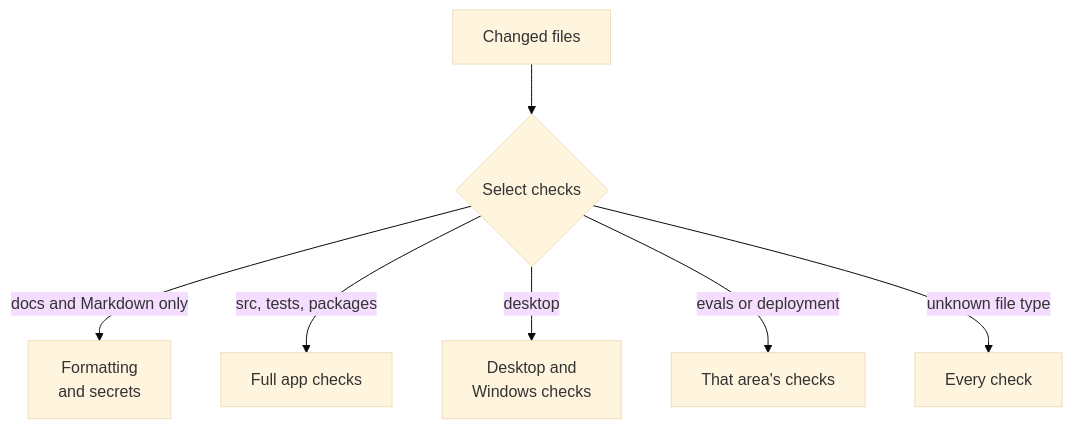
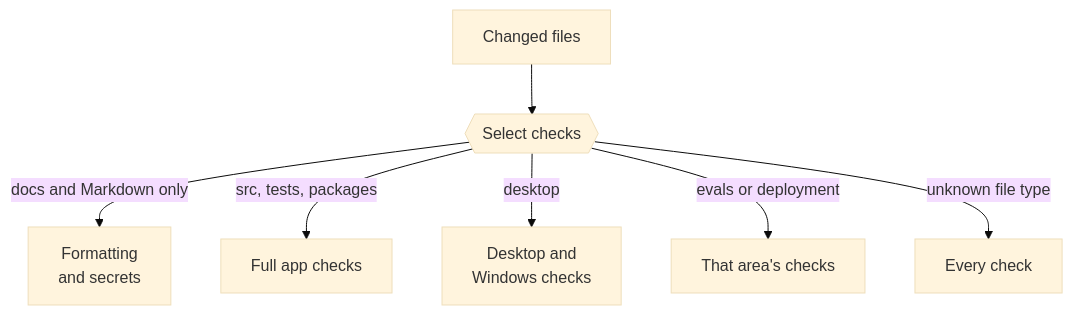
One commit to n8n-io/nod changed the second of 2 diagrams in docs/src/content/docs/contribute/checks-and-tests.md. Above: the diagram before and after it, drawn with Mermaid (base theme). The commit also changed 54 other files, not shown here.

````diff
--- a/docs/src/content/docs/contribute/checks-and-tests.md
+++ b/docs/src/content/docs/contribute/checks-and-tests.md
@@ -101,9 +101,9 @@
 ```mermaid
 flowchart TD
-  files[Changed files] --> scope{Select checks}:::accent
+  files[Changed files] --> scope{{Select checks}}:::accent
   scope -- docs and Markdown only --> light[Formatting<br/>and secrets]:::muted
   scope -- src, tests, packages --> core[Full app checks]:::go
   scope -- desktop --> desk[Desktop and<br/>Windows checks]
   scope -- evals or deployment --> area[That area's checks]
   scope -- unknown file type --> all[Every check]:::go
 ```
````
